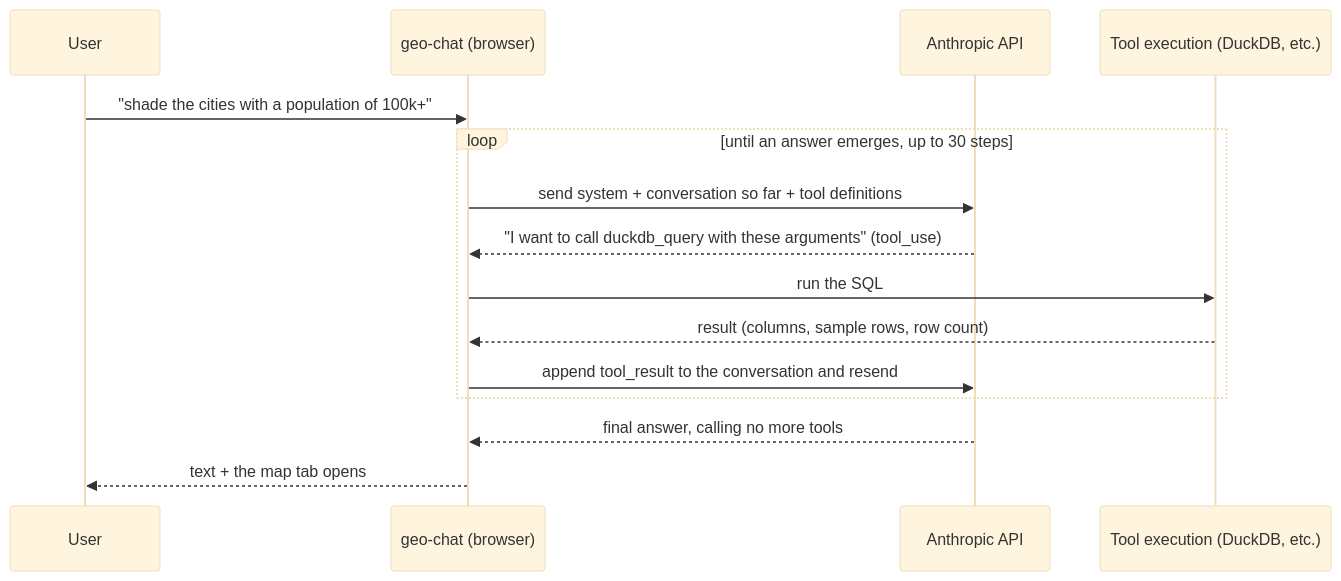
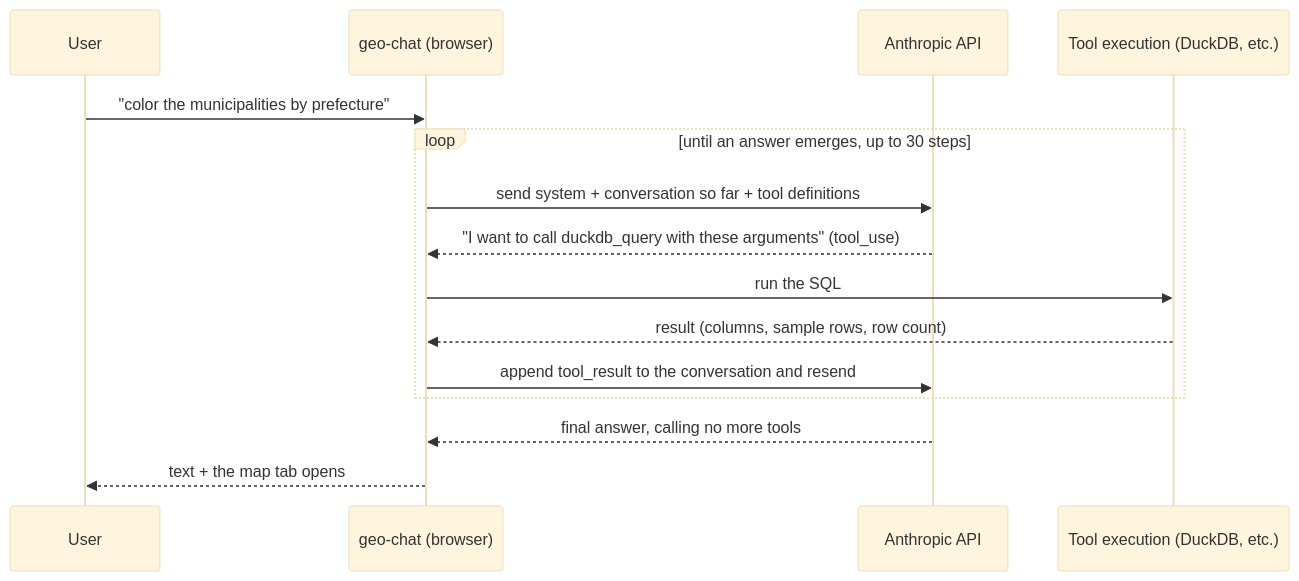
Before and after one commit to eukarya-inc/geo-chat: the diagram in docs/en/03-agent-loop.md, drawn with Mermaid (base theme). The commit also changed other lines of this file and 15 other files, not shown here.

````diff
--- a/docs/en/03-agent-loop.md
+++ b/docs/en/03-agent-loop.md
@@ -11,18 +11,18 @@
 ```mermaid
 sequenceDiagram
     participant U as User
     participant App as geo-chat (browser)
     participant API as Anthropic API
     participant Tool as Tool execution (DuckDB, etc.)
 
-    U->>App: "shade the cities with a population of 100k+"
+    U->>App: "color the municipalities by prefecture"
     loop until an answer emerges, up to 30 steps
         App->>API: send system + conversation so far + tool definitions
         API-->>App: "I want to call duckdb_query with these arguments" (tool_use)
         App->>Tool: run the SQL
         Tool-->>App: result (columns, sample rows, row count)
         App->>API: append tool_result to the conversation and resend
     end
     API-->>App: final answer, calling no more tools
     App-->>U: text + the map tab opens
 ```
````
